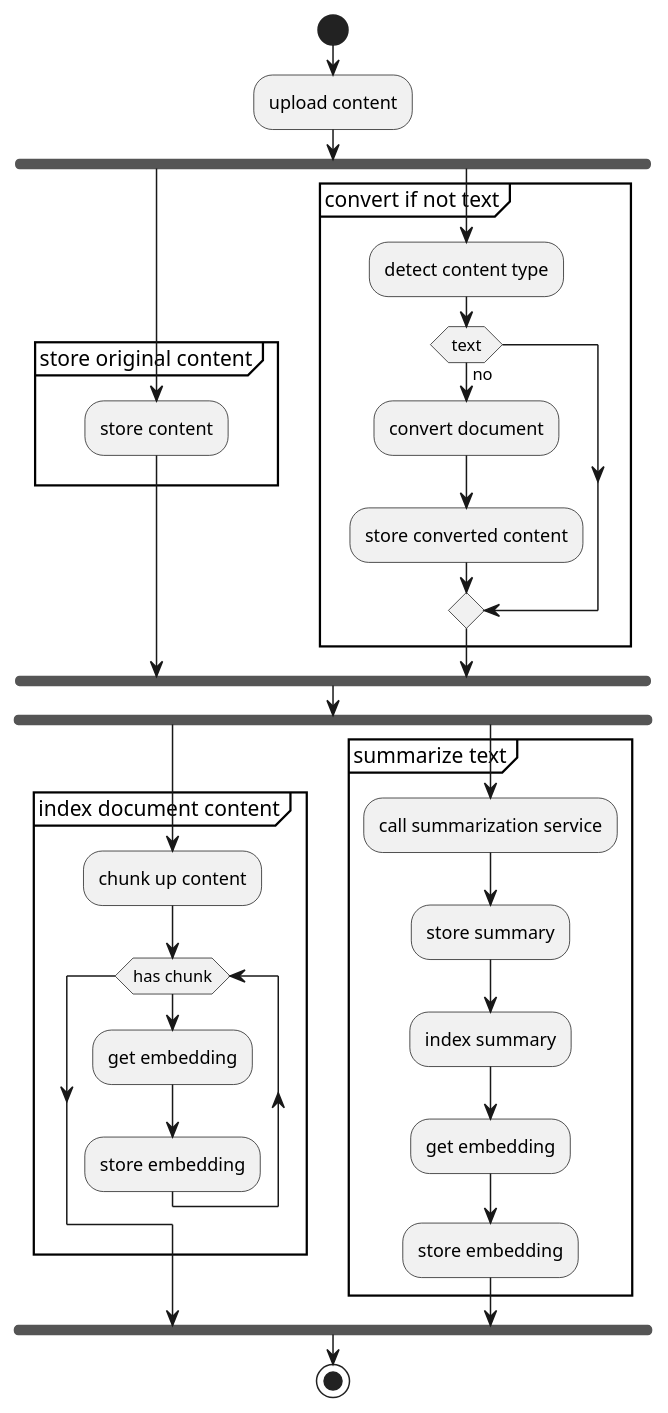
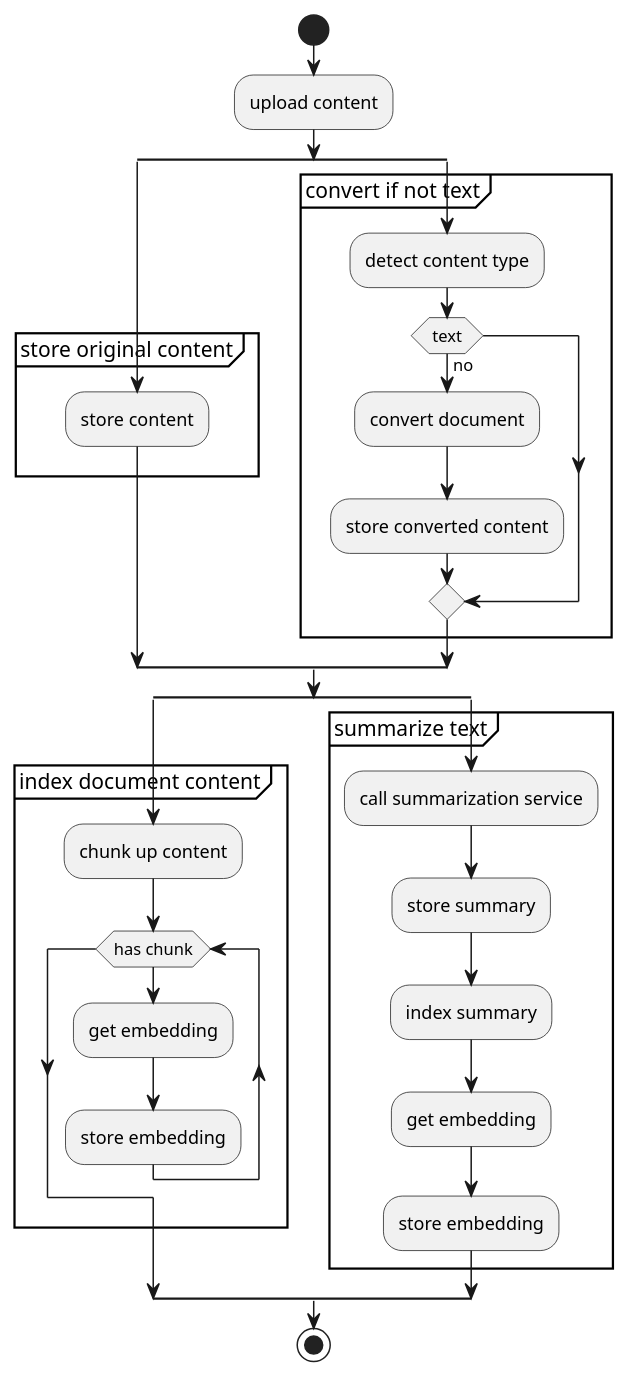
The first of 3 diagrams in docs/design/HybridSearch/upload-and-search-diagrams.md (OutOfBandDevelopment/dotex), drawn with PlantUML before and after one commit. The commit also changed other lines of this file and 5 other files, not shown here.

Commit message:
Fix the HybridSearch upload diagrams, list the example entry points, merge the owner requests into the backlog

````diff
--- a/docs/design/HybridSearch/upload-and-search-diagrams.md
+++ b/docs/design/HybridSearch/upload-and-search-diagrams.md
@@ -9,41 +11,41 @@
 ```plantuml
 @startuml
-start 
+start
 
 :upload content;
 
-fork
+split
     group store original content
         :store content;
     end group
-fork again
+split again
     group convert if not text
         :detect content type;
         if (text) then (no)
             :convert document;
             :store converted content;
         endif
     end group
-end fork
+end split
 
-fork
+split
     group index document content
         :chunk up content;
         while (has chunk)
             :get embedding;
             :store embedding;
         endwhile
     end group
-fork again
+split again
     group summarize text
         :call summarization service;
         :store summary;
         :index summary;
             :get embedding;
             :store embedding;
     end group
-end fork
+end split
 
 stop
 @enduml
 ```
````
